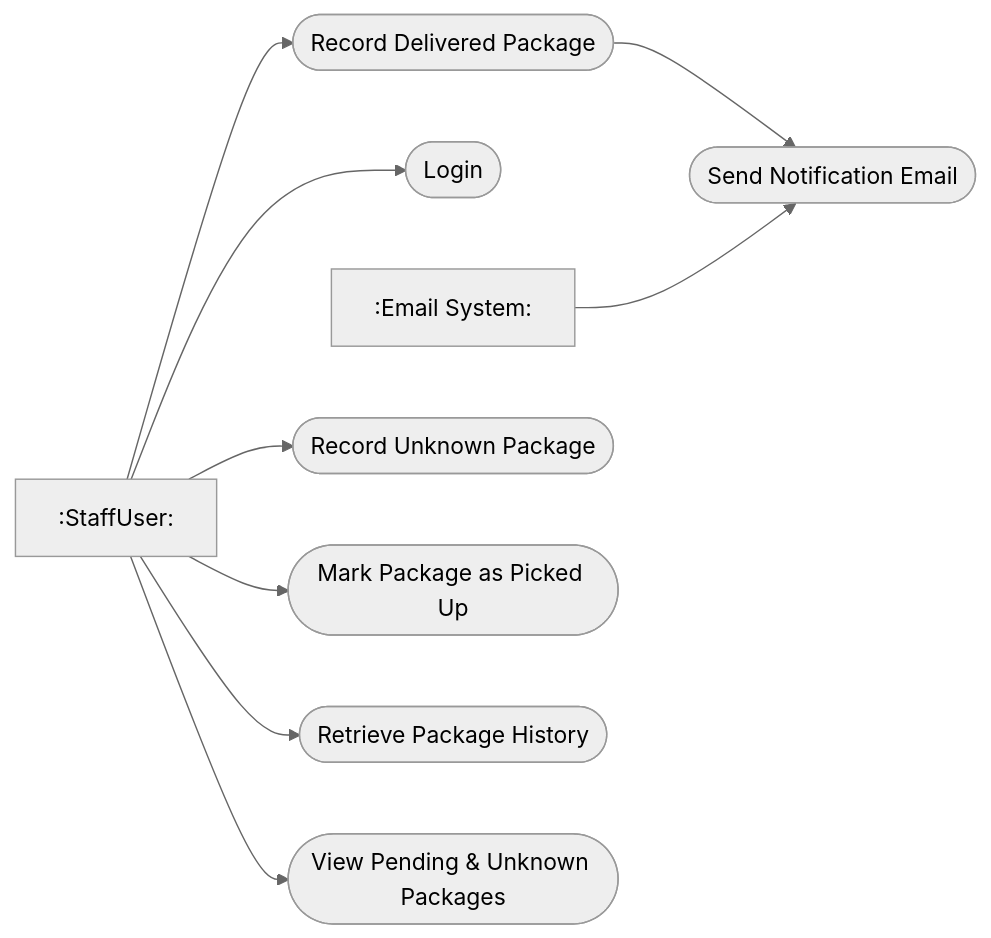
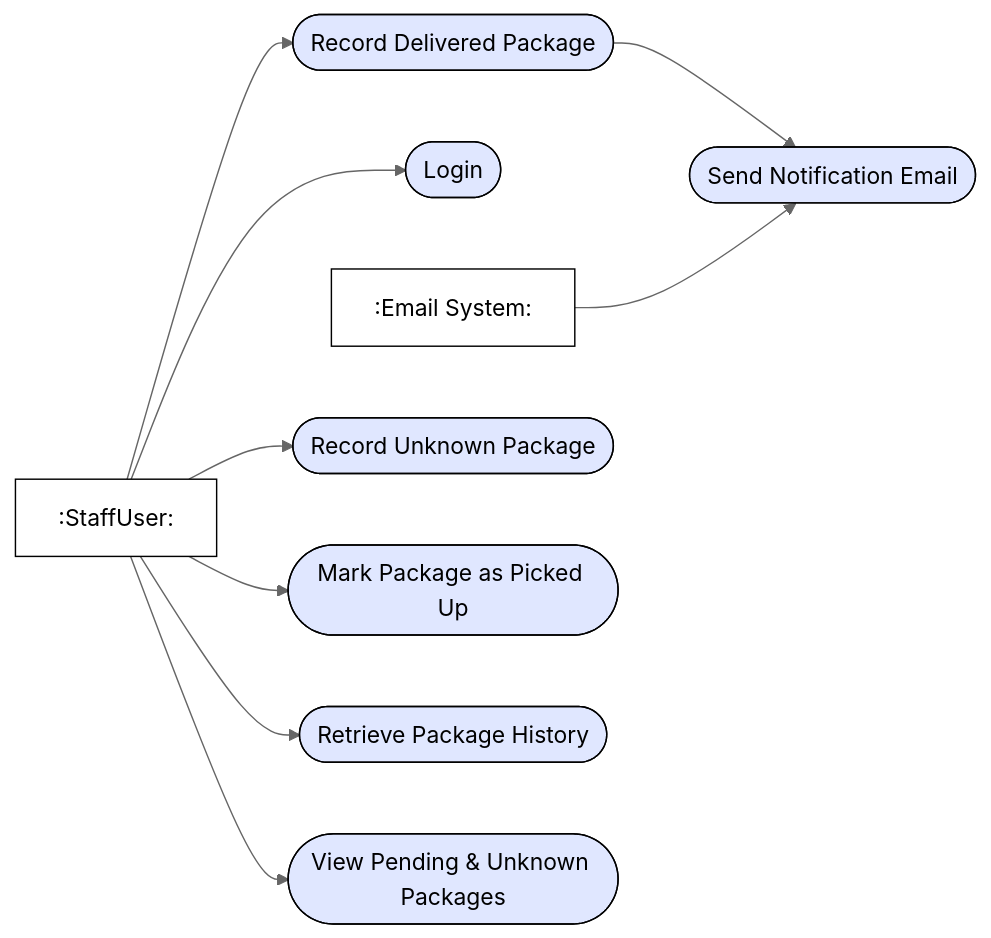
Before and after one commit to EmmanuelNwokike/Mail_Room: the diagram in Use_case.mmd, drawn with Mermaid (neutral theme).

Commit message:
Enhance flowchart with styles for actors and use cases
Added styles for actors and use cases in the flowchart.

```diff
--- a/Use_case.mmd
+++ b/Use_case.mmd
@@ -1,21 +1,31 @@
 flowchart LR
-    StaffUser[":StaffUser:"]
-    EmailSystem[":Email System:"]
+    %% === Styles ===
+    classDef actor fill:#ffffff,stroke:#000000,stroke-width:1px;
+    classDef usecase fill:#e0e7ff,stroke:#000000,stroke-width:1px,rx:30,ry:30;
 
-    UC_Login(["Login"])
-    UC_RecordDelivered(["Record Delivered Package"])
-    UC_RecordUnknown(["Record Unknown Package"])
-    UC_MarkPickedUp(["Mark Package as Picked Up"])
-    UC_RetrieveHistory(["Retrieve Package History"])
-    UC_ViewPendingUnknown(["View Pending & Unknown Packages"])
-    UC_SendNotification(["Send Notification Email"])
+    %% === Actors ===
+    StaffUser[":StaffUser:"]:::actor
+    EmailSystem[":Email System:"]:::actor
 
+    %% === Use Cases ===
+    UC_Login(["Login"]):::usecase
+    UC_RecordDelivered(["Record Delivered Package"]):::usecase
+    UC_RecordUnknown(["Record Unknown Package"]):::usecase
+    UC_MarkPickedUp(["Mark Package as Picked Up"]):::usecase
+    UC_RetrieveHistory(["Retrieve Package History"]):::usecase
+    UC_ViewPendingUnknown(["View Pending & Unknown Packages"]):::usecase
+    UC_SendNotification(["Send Notification Email"]):::usecase
+
+    %% === Associations (StaffUser) ===
     StaffUser --> UC_Login
     StaffUser --> UC_RecordDelivered
     StaffUser --> UC_RecordUnknown
     StaffUser --> UC_MarkPickedUp
     StaffUser --> UC_RetrieveHistory
     StaffUser --> UC_ViewPendingUnknown
 
+    %% === Include / Collaboration ===
     UC_RecordDelivered --> UC_SendNotification
+
+    %% === Email System related ===
     EmailSystem --> UC_SendNotification
```
